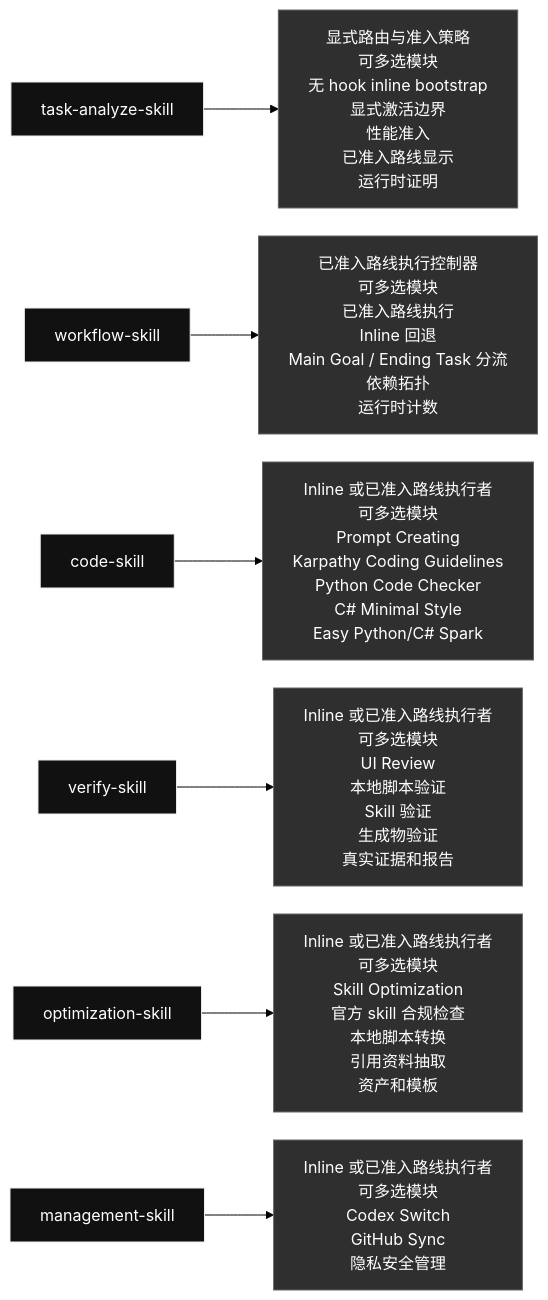
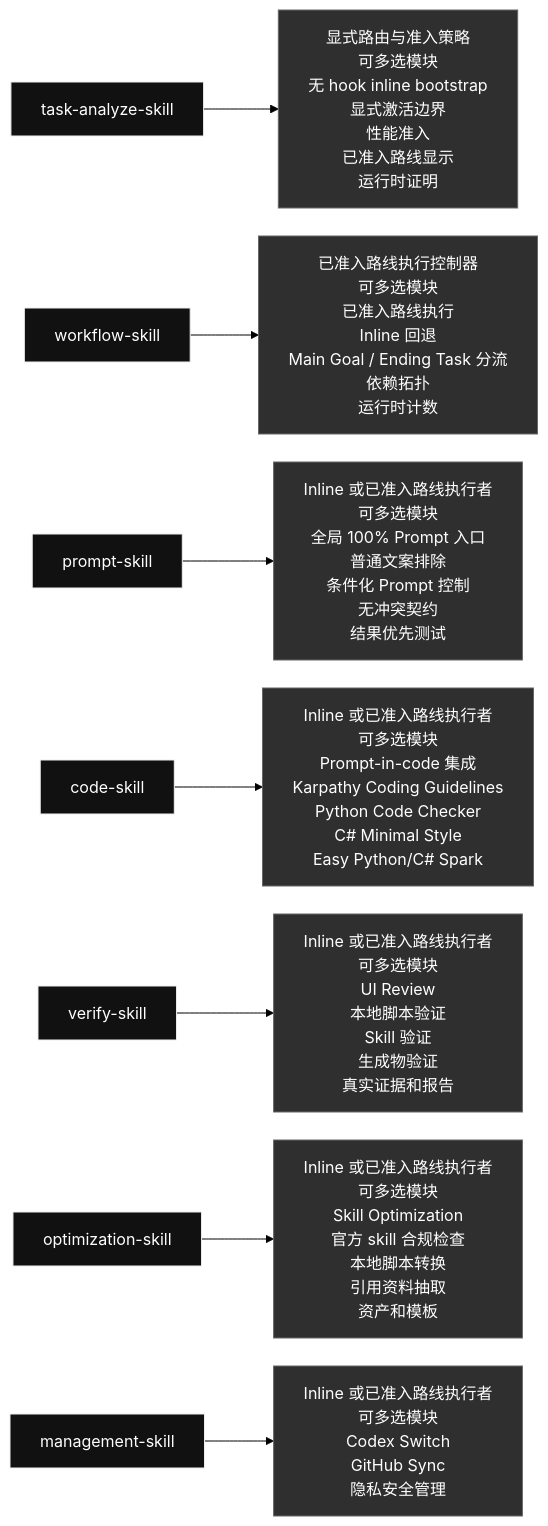
The first of 2 diagrams in README.zh.md (qinbatista/qin-codex-skills), drawn with Mermaid (forest theme) before and after one commit. The commit also changed other lines of this file and 42 other files, not shown here.

Commit message:
Add global 100% prompt skill gate

````diff
--- a/README.zh.md
+++ b/README.zh.md
@@ -7,14 +7,15 @@
 ```mermaid
 %%{init: {"flowchart": {"nodeSpacing": 28, "rankSpacing": 54, "wrappingWidth": 240}}}%%
 flowchart LR
   skill_task_analyze_skill["task-analyze-skill"] --> inside_task_analyze_skill["显式路由与准入策略<br/>可多选模块<br/>无 hook inline bootstrap<br/>显式激活边界<br/>性能准入<br/>已准入路线显示<br/>运行时证明"]
   skill_workflow_skill["workflow-skill"] --> inside_workflow_skill["已准入路线执行控制器<br/>可多选模块<br/>已准入路线执行<br/>Inline 回退<br/>Main Goal / Ending Task 分流<br/>依赖拓扑<br/>运行时计数"]
-  skill_code_skill["code-skill"] --> inside_code_skill["Inline 或已准入路线执行者<br/>可多选模块<br/>Prompt Creating<br/>Karpathy Coding Guidelines<br/>Python Code Checker<br/>C# Minimal Style<br/>Easy Python/C# Spark"]
+  skill_prompt_skill["prompt-skill"] --> inside_prompt_skill["Inline 或已准入路线执行者<br/>可多选模块<br/>全局 100% Prompt 入口<br/>普通文案排除<br/>条件化 Prompt 控制<br/>无冲突契约<br/>结果优先测试"]
+  skill_code_skill["code-skill"] --> inside_code_skill["Inline 或已准入路线执行者<br/>可多选模块<br/>Prompt-in-code 集成<br/>Karpathy Coding Guidelines<br/>Python Code Checker<br/>C# Minimal Style<br/>Easy Python/C# Spark"]
   skill_verify_skill["verify-skill"] --> inside_verify_skill["Inline 或已准入路线执行者<br/>可多选模块<br/>UI Review<br/>本地脚本验证<br/>Skill 验证<br/>生成物验证<br/>真实证据和报告"]
   skill_optimization_skill["optimization-skill"] --> inside_optimization_skill["Inline 或已准入路线执行者<br/>可多选模块<br/>Skill Optimization<br/>官方 skill 合规检查<br/>本地脚本转换<br/>引用资料抽取<br/>资产和模板"]
   skill_management_skill["management-skill"] --> inside_management_skill["Inline 或已准入路线执行者<br/>可多选模块<br/>Codex Switch<br/>GitHub Sync<br/>隐私安全管理"]
   classDef skill fill:#111,color:#fff,stroke:#eee;
   classDef content fill:#2f2f2f,color:#fff,stroke:#666;
-  class skill_task_analyze_skill,skill_workflow_skill,skill_code_skill,skill_verify_skill,skill_optimization_skill,skill_management_skill skill;
-  class inside_task_analyze_skill,inside_workflow_skill,inside_code_skill,inside_verify_skill,inside_optimization_skill,inside_management_skill content;
+  class skill_task_analyze_skill,skill_workflow_skill,skill_prompt_skill,skill_code_skill,skill_verify_skill,skill_optimization_skill,skill_management_skill skill;
+  class inside_task_analyze_skill,inside_workflow_skill,inside_prompt_skill,inside_code_skill,inside_verify_skill,inside_optimization_skill,inside_management_skill content;
 ```
````
